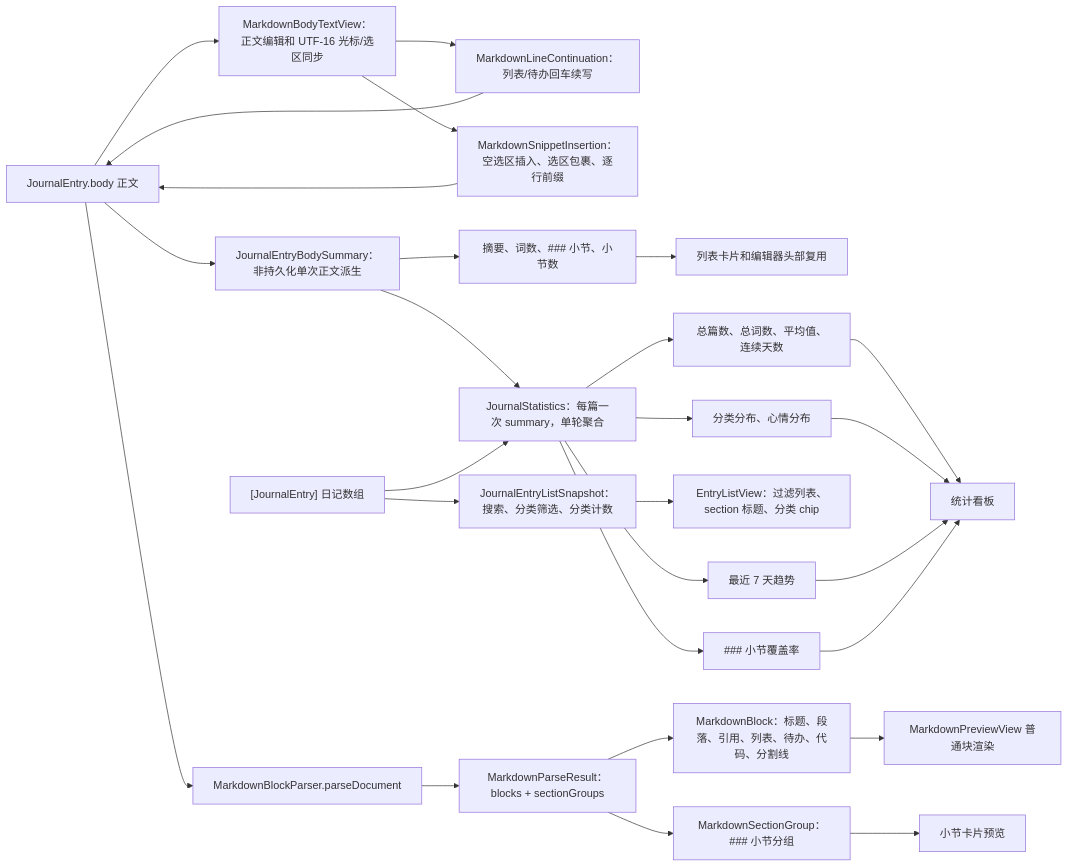
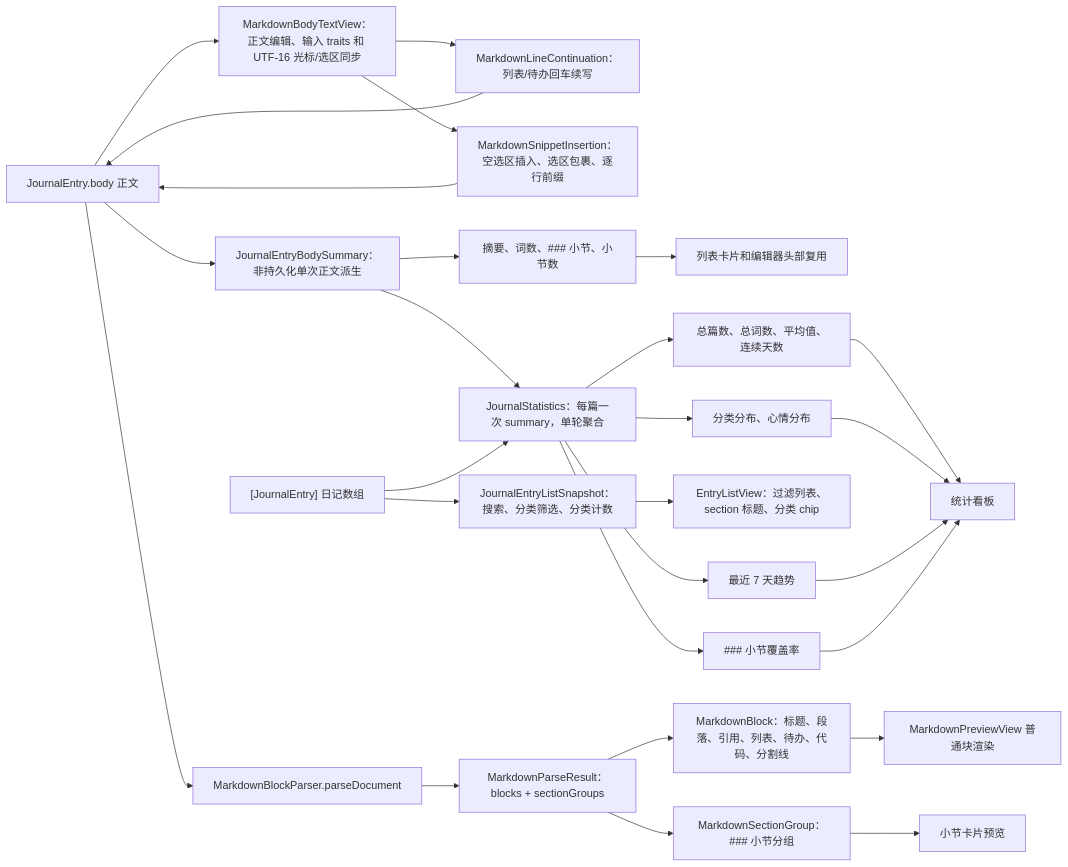
The fourth of 6 diagrams in md/flow/flowchart.md (Altman-sam114/117), drawn with Mermaid before and after one commit. The commit also changed other lines of this file and 9 other files, not shown here.

````diff
--- a/md/flow/flowchart.md
+++ b/md/flow/flowchart.md
@@ -113,29 +113,29 @@
 ```mermaid
 flowchart LR
   Body["JournalEntry.body 正文"] --> Summary["JournalEntryBodySummary：非持久化单次正文派生"]
-  Body --> BodyText["MarkdownBodyTextView：正文编辑和 UTF-16 光标/选区同步"]
+  Body --> BodyText["MarkdownBodyTextView：正文编辑、输入 traits 和 UTF-16 光标/选区同步"]
   BodyText --> ContinueRule["MarkdownLineContinuation：列表/待办回车续写"]
   ContinueRule --> Body
   BodyText --> InsertRule["MarkdownSnippetInsertion：空选区插入、选区包裹、逐行前缀"]
   InsertRule --> Body
   Summary --> Excerpt["摘要、词数、### 小节、小节数"]
   Excerpt --> RowEditor["列表卡片和编辑器头部复用"]
   Summary --> Statistics["JournalStatistics：每篇一次 summary，单轮聚合"]
   Body --> Parse["MarkdownBlockParser.parseDocument"]
   Parse --> Result["MarkdownParseResult：blocks + sectionGroups"]
   Result --> Blocks["MarkdownBlock：标题、段落、引用、列表、待办、代码、分割线"]
   Blocks --> Preview["MarkdownPreviewView 普通块渲染"]
   Result --> Sections["MarkdownSectionGroup：### 小节分组"]
   Sections --> SectionPreview["小节卡片预览"]
   Entries["[JournalEntry] 日记数组"] --> Statistics
   Entries --> ListSnapshot2["JournalEntryListSnapshot：搜索、分类筛选、分类计数"]
   ListSnapshot2 --> ListView["EntryListView：过滤列表、section 标题、分类 chip"]
   Statistics --> Metrics["总篇数、总词数、平均值、连续天数"]
   Statistics --> Distributions["分类分布、心情分布"]
   Statistics --> Trend["最近 7 天趋势"]
   Statistics --> Coverage["### 小节覆盖率"]
   Metrics --> Dashboard["统计看板"]
   Distributions --> Dashboard
   Trend --> Dashboard
   Coverage --> Dashboard
 ```
````
